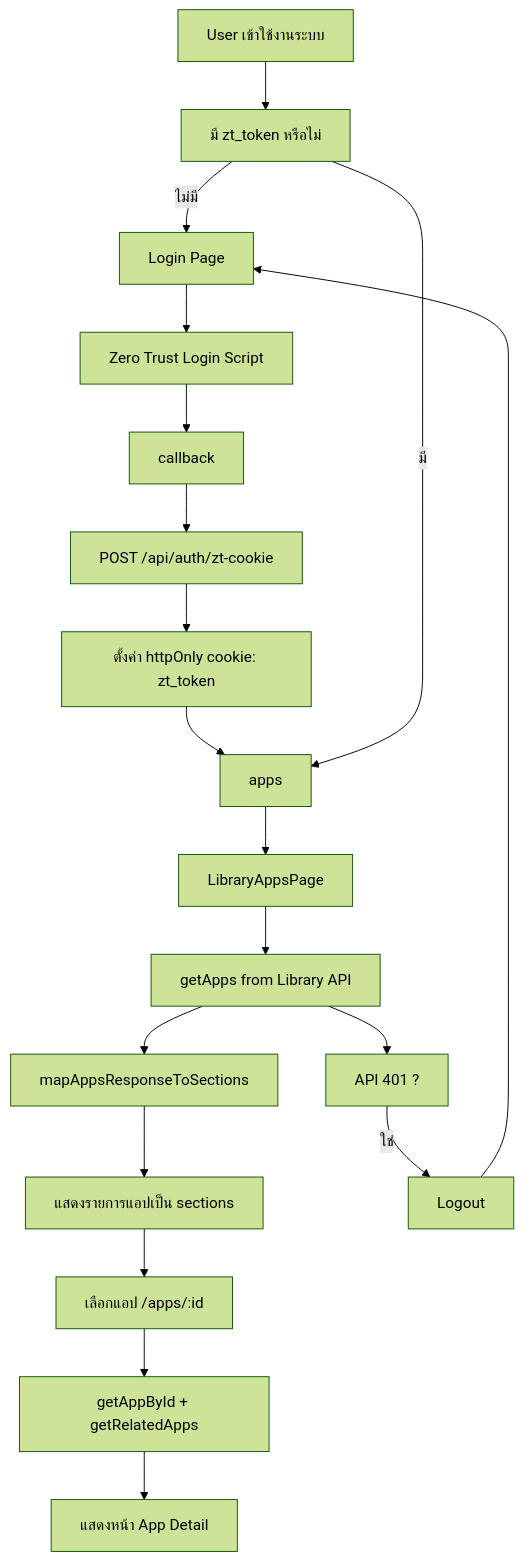
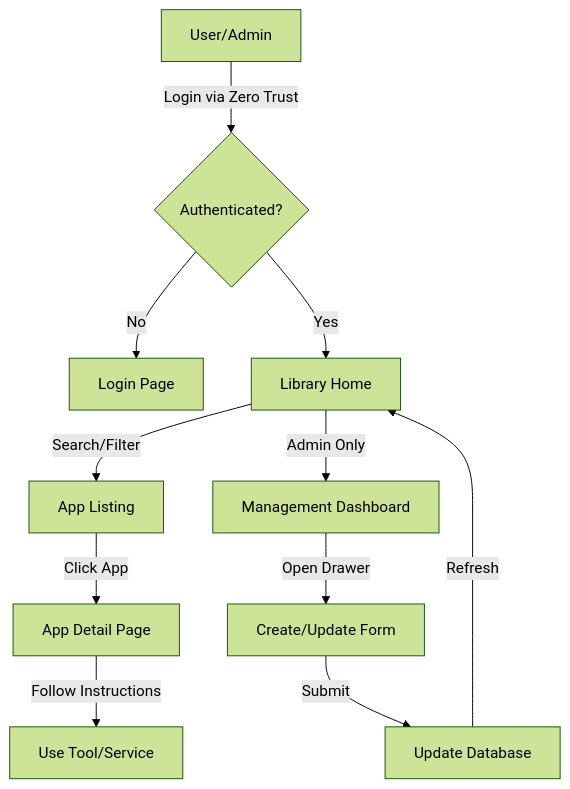
Before and after one commit to jetsadaadapter/loop-studio: the diagram in README.md, drawn with Mermaid (forest theme). The commit also changed other lines of this file, not shown here.

Commit message:
docs: update installation and configuration instructions in README

````diff
--- a/README.md
+++ b/README.md
@@ -117,24 +112,15 @@
 ```mermaid
 graph TD
-  A[User เข้าใช้งานระบบ] --> B[มี zt_token หรือไม่]
-  B -- ไม่มี --> C[Login Page]
-  C --> D[Zero Trust Login Script]
-  D --> E[callback]
-  E --> F[POST /api/auth/zt-cookie]
-  F --> G[ตั้งค่า httpOnly cookie: zt_token]
-  G --> H[apps]
-
-  B -- มี --> H[apps]
-
-  H --> I[LibraryAppsPage]
-  I --> J[getApps from Library API]
-  J --> K[mapAppsResponseToSections]
-  K --> L[แสดงรายการแอปเป็น sections]
-  L --> M[เลือกแอป /apps/:id]
-  M --> N[getAppById + getRelatedApps]
-  N --> O[แสดงหน้า App Detail]
-
-  J --> P[API 401 ?]
-  P -- ใช่ --> Q[Logout]
-  Q --> C
+    A[User/Admin] -->|Login via Zero Trust| B{Authenticated?}
+    B -- No --> C[Login Page]
+    B -- Yes --> D[Library Home]
+    
+    D -->|Search/Filter| E[App Listing]
+    E -->|Click App| F[App Detail Page]
+    F -->|Follow Instructions| G[Use Tool/Service]
+    
+    D -->|Admin Only| H[Management Dashboard]
+    H -->|Open Drawer| I[Create/Update Form]
+    I -->|Submit| J[Update Database]
+    J -->|Refresh| D
 ```
````
